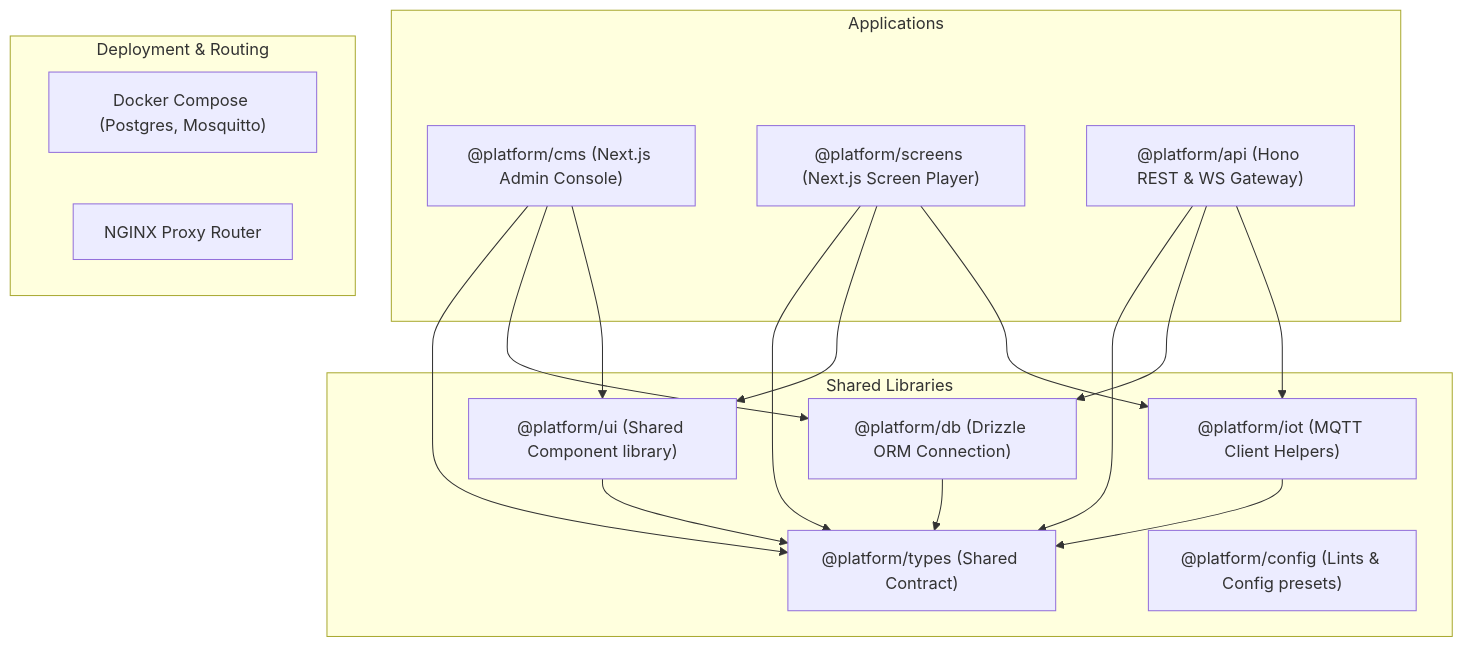
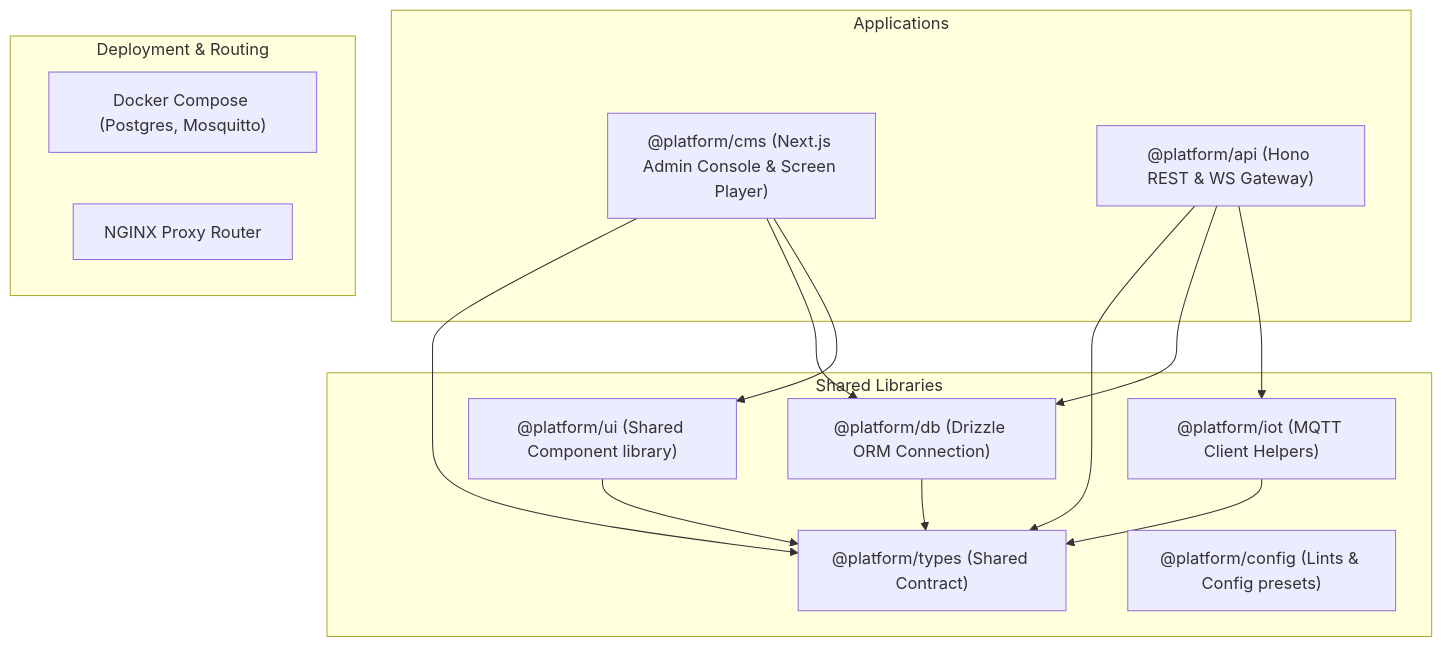
The diagram in README.md (drava-tech/drava-nex), drawn with Mermaid before and after one commit. The commit also changed other lines of this file and 35 other files, not shown here.

````diff
--- a/README.md
+++ b/README.md
@@ -32,38 +29,33 @@
 ```mermaid
 graph TD
     subgraph Apps [Applications]
-        CMS["@platform/cms (Next.js Admin Console)"]
-        Screens["@platform/screens (Next.js Screen Player)"]
+        CMS["@platform/cms (Next.js Admin Console & Screen Player)"]
         API["@platform/api (Hono REST & WS Gateway)"]
     end
 
     subgraph Packages [Shared Libraries]
         Types["@platform/types (Shared Contract)"]
         DB["@platform/db (Drizzle ORM Connection)"]
         UI["@platform/ui (Shared Component library)"]
         IoT["@platform/iot (MQTT Client Helpers)"]
         Config["@platform/config (Lints & Config presets)"]
     end
 
     subgraph Infrastructure [Deployment & Routing]
         Docker["Docker Compose (Postgres, Mosquitto)"]
         Nginx["NGINX Proxy Router"]
     end
 
     %% Dependency mappings
     CMS --> Types
     CMS --> DB
     CMS --> UI
-    
-    Screens --> Types
-    Screens --> UI
-    Screens --> IoT
 
     API --> Types
     API --> DB
     API --> IoT
 
     DB --> Types
     UI --> Types
     IoT --> Types
 ```
````
